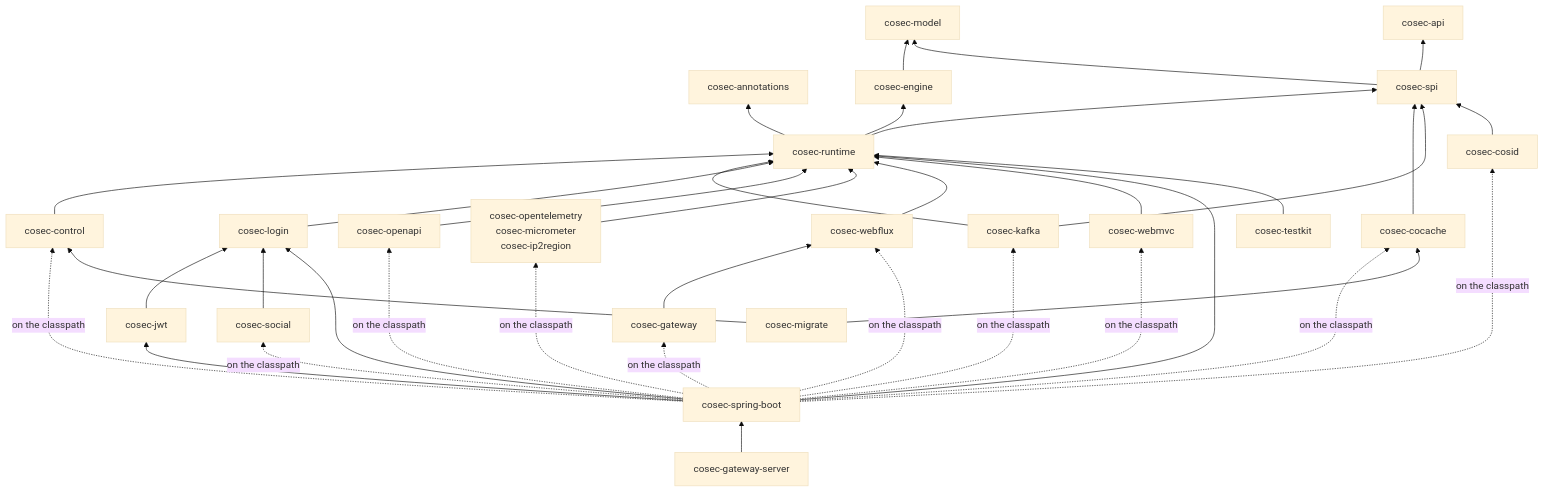
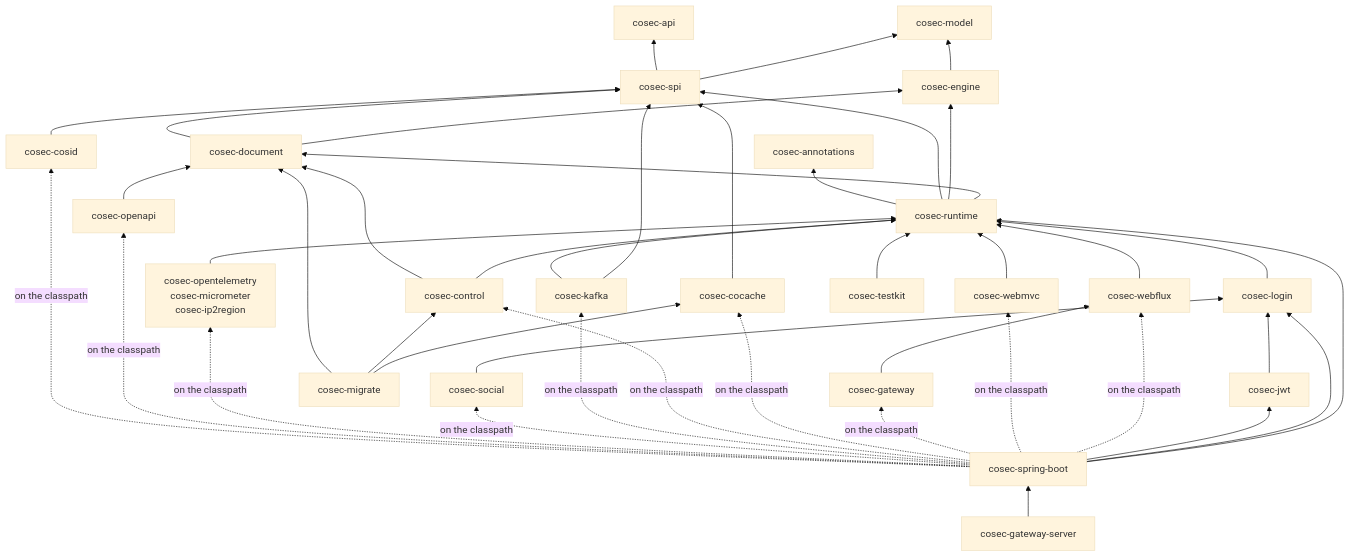
Before and after one commit to Ahoo-Wang/CoSec: the first of 3 diagrams in wiki/architecture/overview.md, drawn with Mermaid (base theme). The commit also changed other lines of this file and 14 other files, not shown here.

First line of the commit message:
docs: cosec-document in the module pages, the links to its code and the upgrading page

````diff
--- a/wiki/architecture/overview.md
+++ b/wiki/architecture/overview.md
@@ -37,26 +37,27 @@
 ```mermaid
 flowchart BT
     annotations[cosec-annotations]
     api[cosec-api]
     model[cosec-model]
     engine[cosec-engine] --> model
     spi[cosec-spi] --> model & api
-    runtime[cosec-runtime] --> engine & spi & annotations
-    control[cosec-control] --> runtime
+    document[cosec-document] --> engine & spi
+    runtime[cosec-runtime] --> document & engine & spi & annotations
+    control[cosec-control] --> runtime & document
     cocache[cosec-cocache] --> spi
     kafka[cosec-kafka] --> spi & runtime
     login[cosec-login] --> runtime
     jwt[cosec-jwt] --> login
     social[cosec-social] --> login
-    openapi[cosec-openapi] --> runtime
+    openapi[cosec-openapi] --> document
     listeners[cosec-opentelemetry<br>cosec-micrometer<br>cosec-ip2region] --> runtime
     cosid[cosec-cosid] --> spi
     webflux[cosec-webflux] --> runtime
     webmvc[cosec-webmvc] --> runtime
     gateway[cosec-gateway] --> webflux
     starter[cosec-spring-boot] --> runtime & login & jwt
     starter -. on the classpath .-> webflux & webmvc & gateway & cocache & control & kafka & social & listeners & openapi & cosid
-    migrate[cosec-migrate] --> cocache & control
+    migrate[cosec-migrate] --> cocache & control & document
     testkit[cosec-testkit] --> runtime
     server[cosec-gateway-server] --> starter
 ```
````
